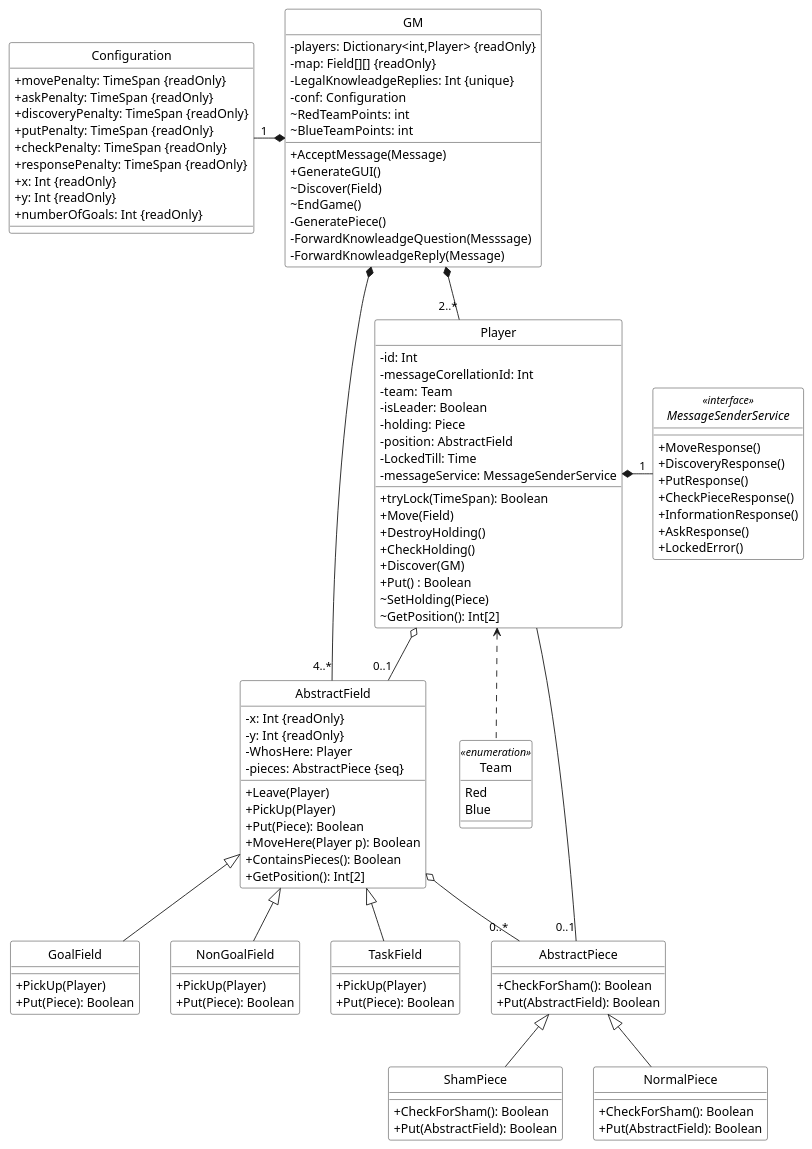
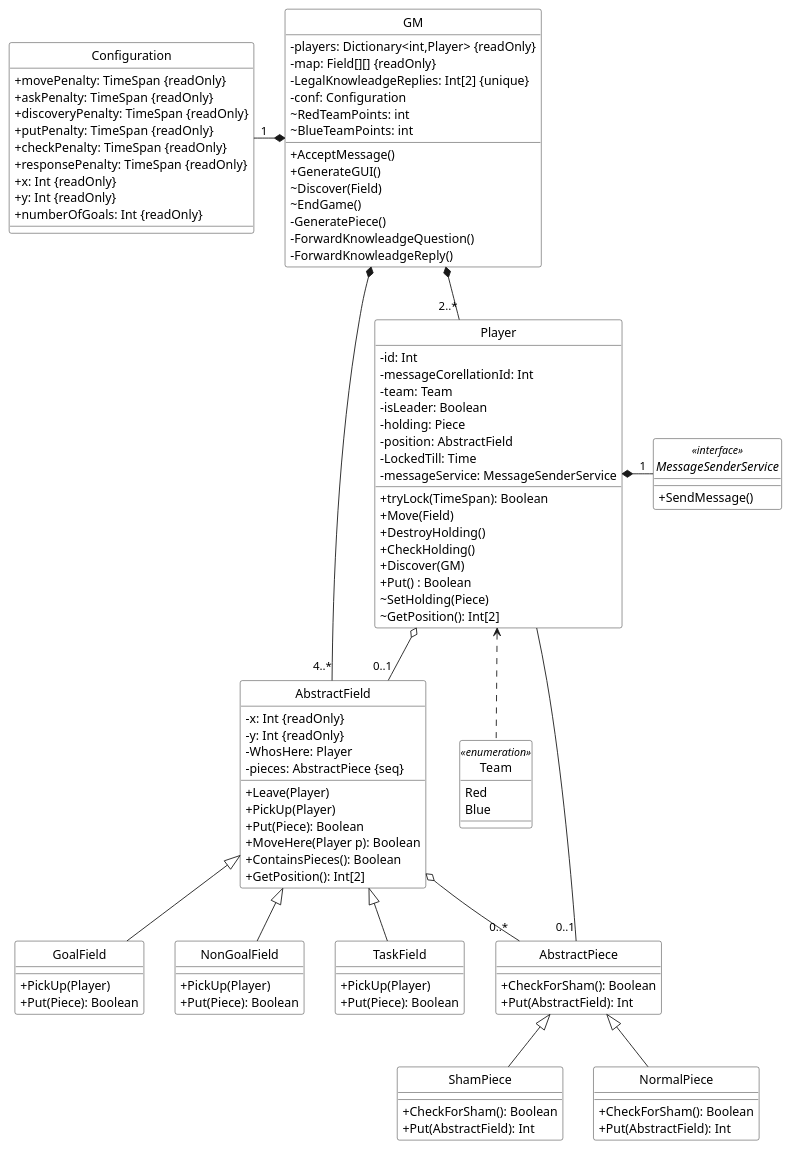
One commit to MINI-IO/IO-project-game changed the diagram in UML/ClassDiagram/GM.puml. Above: the diagram before and after it, drawn with PlantUML. The commit also changed 3 other files, not shown here.

Commit message:
Add cs class diagram

```diff
--- a/UML/ClassDiagram/GM.puml
+++ b/UML/ClassDiagram/GM.puml
@@ -1,145 +1,139 @@
 @startuml
 
 skinparam shadowing false
 skinparam monochrome true
 skinparam classAttributeIconSize 0
 hide circle
 
 skinparam class {
 	BackgroundColor white
 }
 
 AbstractField <|-- GoalField
 AbstractField <|-- NonGoalField
 AbstractField <|-- TaskField
 
 class AbstractField
 {
 - x: Int {readOnly}
 - y: Int {readOnly}
 - WhosHere: Player
 - pieces: AbstractPiece {seq}
 + Leave(Player)
 + PickUp(Player)
 + Put(Piece): Boolean
 + MoveHere(Player p): Boolean
 + ContainsPieces(): Boolean
 + GetPosition(): Int[2]
 }
 
 class GoalField
 {
 + PickUp(Player)
 + Put(Piece): Boolean
 }
 
 class NonGoalField
 {
 + PickUp(Player)
 + Put(Piece): Boolean
 }
 
 class TaskField
 {
 + PickUp(Player)
 + Put(Piece): Boolean
 }
 
 class Configuration
 {
 + movePenalty: TimeSpan {readOnly}
 + askPenalty: TimeSpan {readOnly}
 + discoveryPenalty: TimeSpan {readOnly}
 + putPenalty: TimeSpan {readOnly}
 + checkPenalty: TimeSpan {readOnly}
 + responsePenalty: TimeSpan {readOnly}
 + x: Int {readOnly}
 + y: Int {readOnly}
 + numberOfGoals: Int {readOnly}
 }
 
 GM *-left-"1" Configuration
 
 class GM
 {
-+ AcceptMessage(Message)
++ AcceptMessage()
 + GenerateGUI()
 ~ Discover(Field)
 ~ EndGame()
 - players: Dictionary<int,Player> {readOnly}
 - map: Field[][] {readOnly}
-- LegalKnowleadgeReplies: Int {unique}
+- LegalKnowleadgeReplies: Int[2] {unique}
 - conf: Configuration
 - GeneratePiece()
-- ForwardKnowleadgeQuestion(Messsage)
-- ForwardKnowleadgeReply(Message)
+- ForwardKnowleadgeQuestion()
+- ForwardKnowleadgeReply()
 ~ RedTeamPoints: int
 ~ BlueTeamPoints: int
 }
 
 
 enum Team <<enumeration>>
 {
 Red
 Blue
 }
 GM *--"2..*" Player
 Player o--"0..1" AbstractField
 Player *-right-"1" MessageSenderService
 Player <.down. Team
 AbstractField o--"0..*" AbstractPiece
 class Player
 {
 + tryLock(TimeSpan): Boolean
 + Move(Field)
 + DestroyHolding()
 + CheckHolding()
 + Discover(GM)
 + Put() : Boolean
 ~ SetHolding(Piece)
 ~ GetPosition(): Int[2]
 - id: Int
 - messageCorellationId: Int
 - team: Team
 - isLeader: Boolean
 - holding: Piece
 - position: AbstractField
 - LockedTill: Time
 - messageService: MessageSenderService
 }
 
 interface MessageSenderService <<interface>>
 {
-+ MoveResponse()
-+ DiscoveryResponse()
-+ PutResponse()
-+ CheckPieceResponse()
-+ InformationResponse()
-+ AskResponse()
-+ LockedError()
++ SendMessage()
 }
 
 GM *--"4..*" AbstractField
 
 AbstractPiece <|-- ShamPiece
 AbstractPiece <|-- NormalPiece
 
 Player --"0..1" AbstractPiece
 
 class AbstractPiece
 {
 + CheckForSham(): Boolean
-+ Put(AbstractField): Boolean
++ Put(AbstractField): Int
 }
 class ShamPiece
 {
 + CheckForSham(): Boolean
-+ Put(AbstractField): Boolean
++ Put(AbstractField): Int
 }
 class NormalPiece
 {
 + CheckForSham(): Boolean
-+ Put(AbstractField): Boolean
++ Put(AbstractField): Int
 }
 
 @enduml
```
